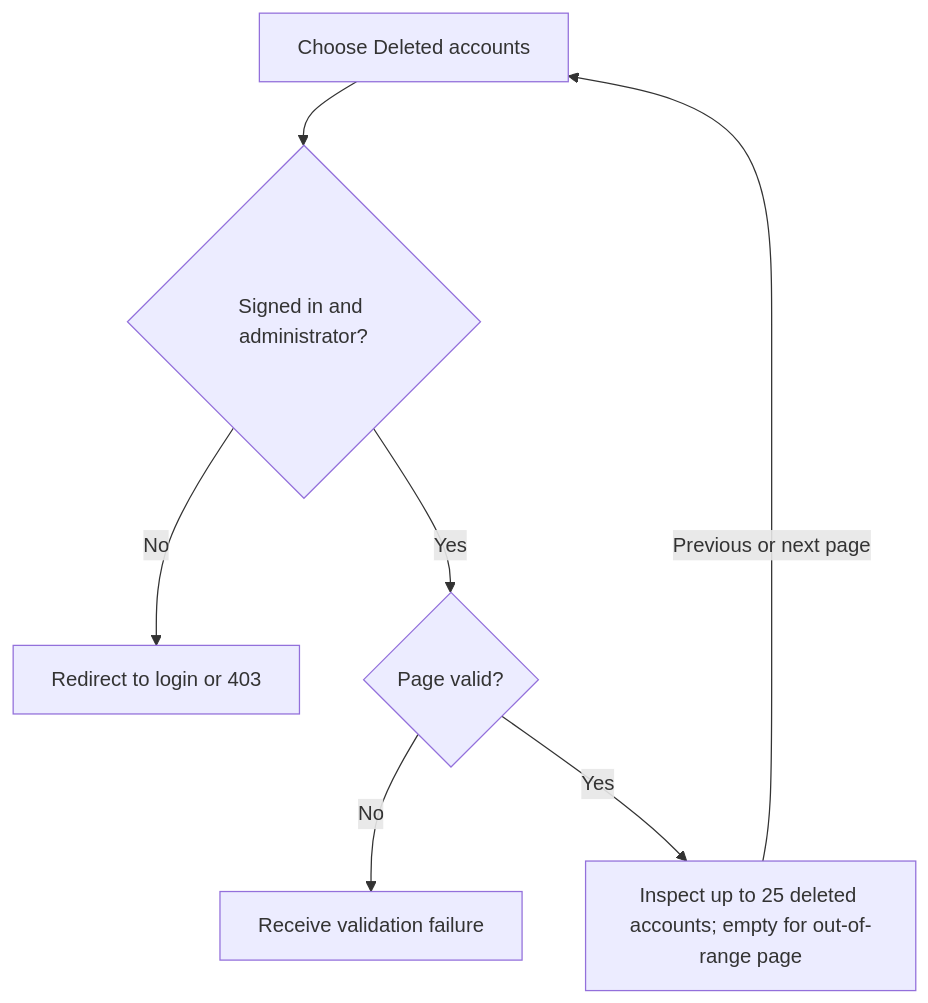
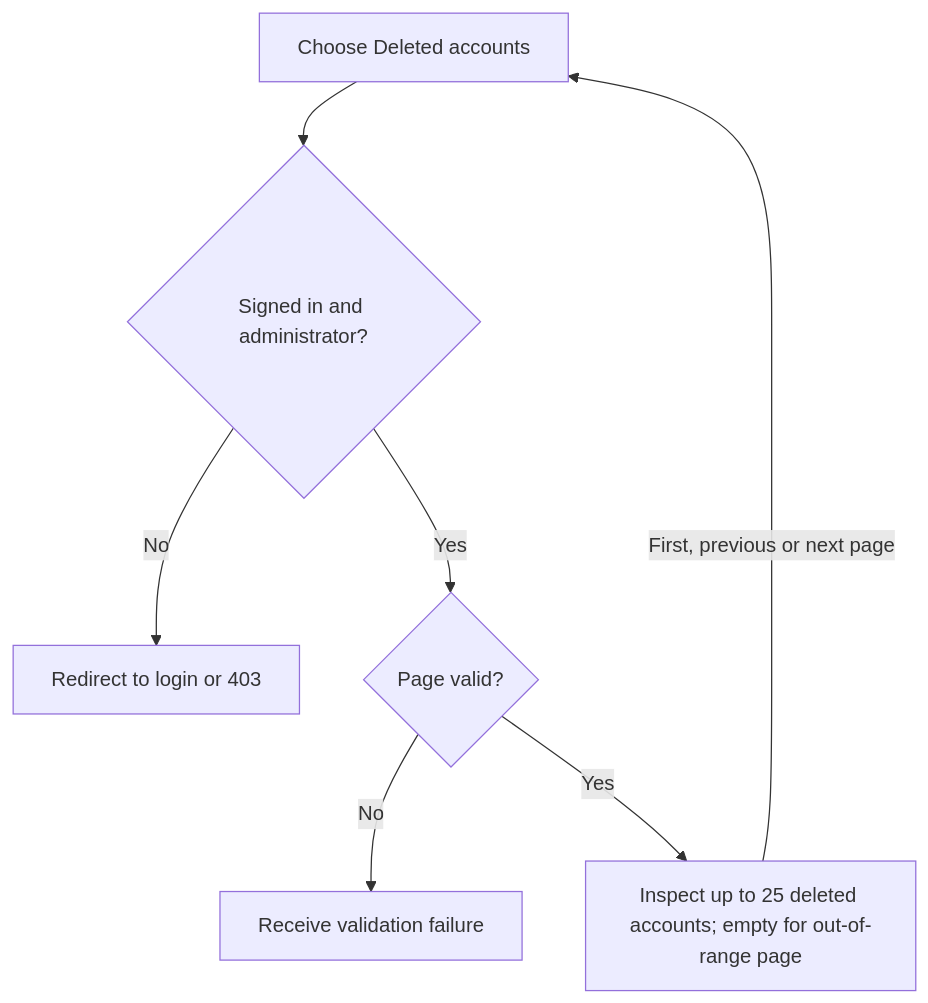
Before and after one commit to Kevinjohn/oss-adonisjs-lucid-soft-delete: the first of 2 diagrams in user-stories/example-apps/us-demo-09-inertia-list.md, drawn with Mermaid. The commit also changed other lines of this file and 9 other files, not shown here.

````diff
--- a/user-stories/example-apps/us-demo-09-inertia-list.md
+++ b/user-stories/example-apps/us-demo-09-inertia-list.md
@@ -20,9 +20,9 @@
 ```mermaid
 flowchart TD
     A["Choose Deleted accounts"] --> B{"Signed in and administrator?"}
     B -->|No| C["Redirect to login or 403"]
     B -->|Yes| D{"Page valid?"}
     D -->|No| E["Receive validation failure"]
     D -->|Yes| F["Inspect up to 25 deleted accounts; empty for out-of-range page"]
-    F -->|Previous or next page| A
+    F -->|First, previous or next page| A
 ```
````
